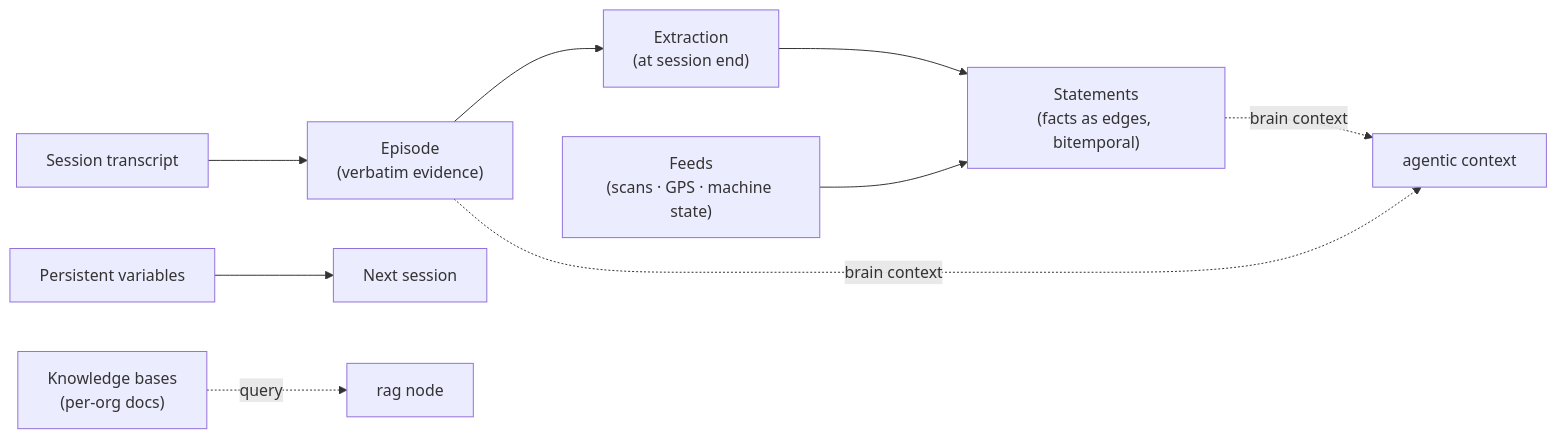
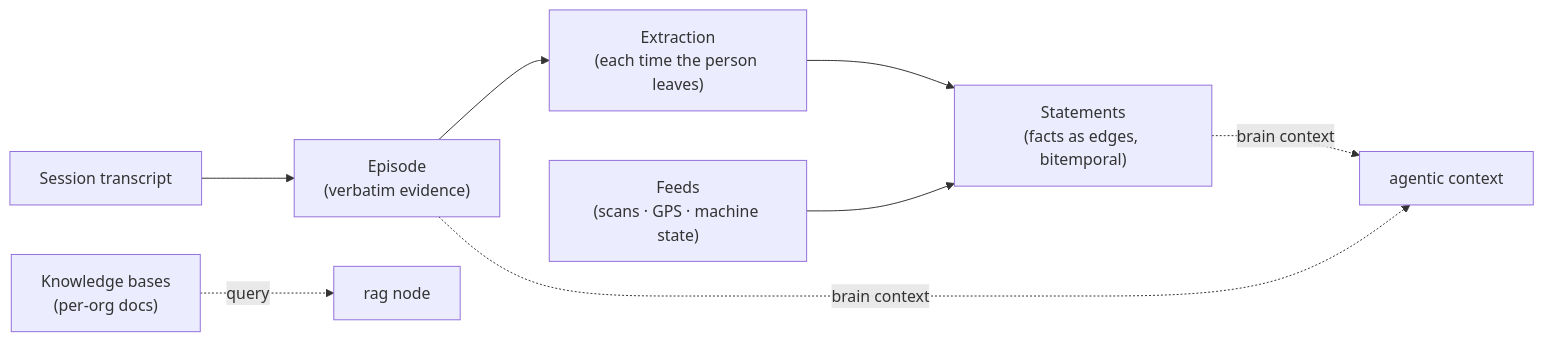
The fourth of 4 diagrams in platform/flows.mdx (Aico-Systems/docs), drawn with Mermaid before and after one commit. The commit also changed other lines of this file and 10 other files, not shown here.

````diff
--- a/platform/flows.mdx
+++ b/platform/flows.mdx
@@ -172,12 +189,11 @@
 ```mermaid
 flowchart LR
     UT["Session transcript"] --> EP["Episode<br/>(verbatim evidence)"]
-    EP --> FX["Extraction<br/>(at session end)"]
+    EP --> FX["Extraction<br/>(each time the person leaves)"]
     FX --> ST["Statements<br/>(facts as edges, bitemporal)"]
     FD["Feeds<br/>(scans · GPS · machine state)"] --> ST
-    PV["Persistent variables"] --> NS["Next session"]
     KB["Knowledge bases<br/>(per-org docs)"]
     ST -.brain context.-> AGC["agentic context"]
     EP -.brain context.-> AGC
     KB -.query.-> RAG["rag node"]
 ```
````
